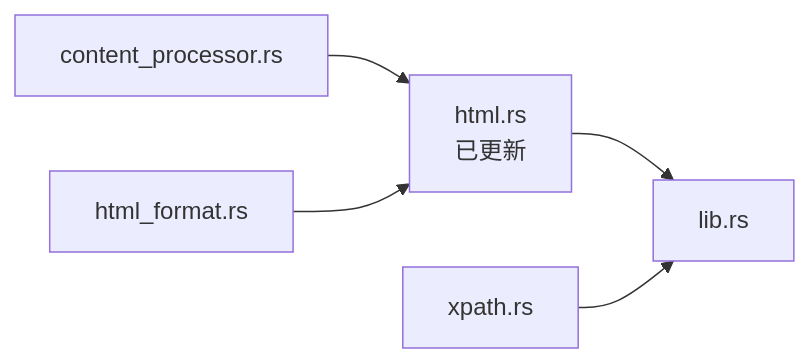
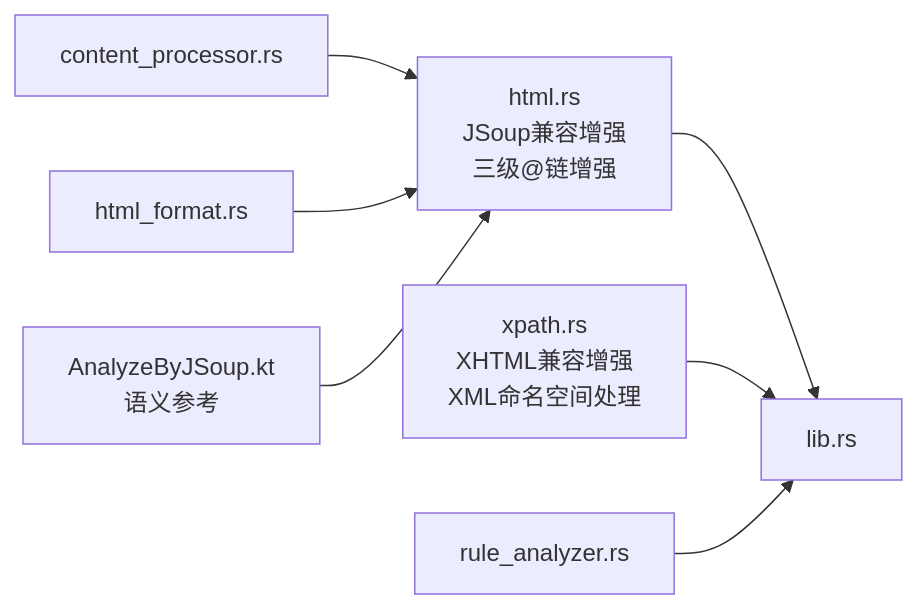
Before and after one commit to ZhangGHGitHub/LegadoTeamFlutter: the ninth of 9 diagrams in .qoder/repowiki/zh/content/Rust核心库/解析引擎/HTML解析器.md, drawn with Mermaid. The commit also changed other lines of this file and 173 other files, not shown here.

````diff
--- a/.qoder/repowiki/zh/content/Rust核心库/解析引擎/HTML解析器.md
+++ b/.qoder/repowiki/zh/content/Rust核心库/解析引擎/HTML解析器.md
@@ -239,7 +410,9 @@
 ```mermaid
 graph LR
-H["html.rs<br/>已更新"] --> L["lib.rs"]
-X["xpath.rs"] --> L
+H["html.rs<br/>JSoup兼容增强<br/>三级@链增强"] --> L["lib.rs"]
+X["xpath.rs<br/>XHTML兼容增强<br/>XML命名空间处理"] --> L
+RA["rule_analyzer.rs"] --> L
 C["content_processor.rs"] --> H
 J["html_format.rs"] --> H
+K["AnalyzeByJSoup.kt<br/>语义参考"] --> H
 ```
````
